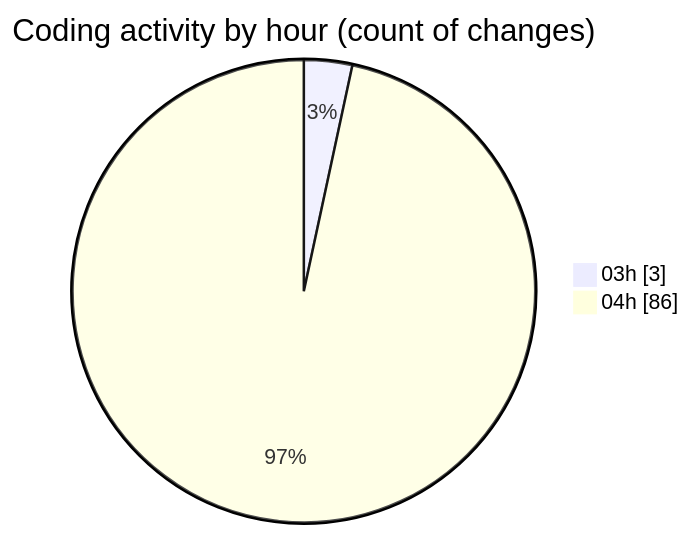
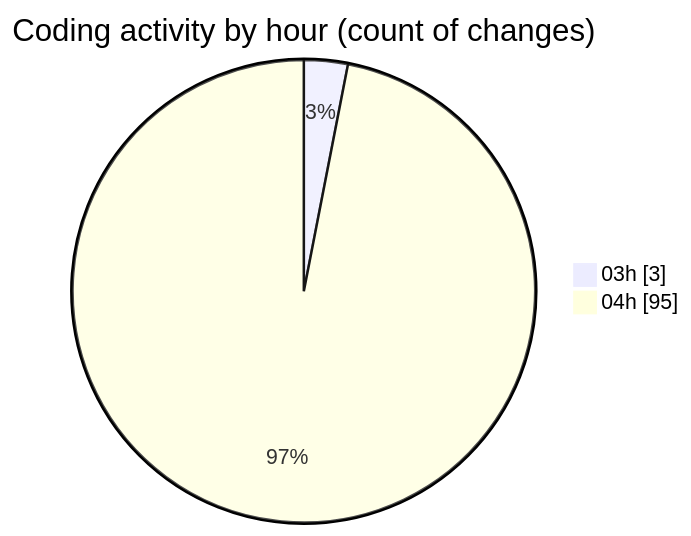
Before and after one commit to ernivani/code-tracking: the second of 2 diagrams in 2025-01-03/tinycms/README.md, drawn with Mermaid. The commit also changed other lines of this file and 2 other files, not shown here.

````diff
--- a/2025-01-03/tinycms/README.md
+++ b/2025-01-03/tinycms/README.md
@@ -51,6 +52,6 @@
 ```mermaid
 pie showData
 title Coding activity by hour (count of changes)
 "03h" : 3
-"04h" : 86
+"04h" : 95
 ```
````
